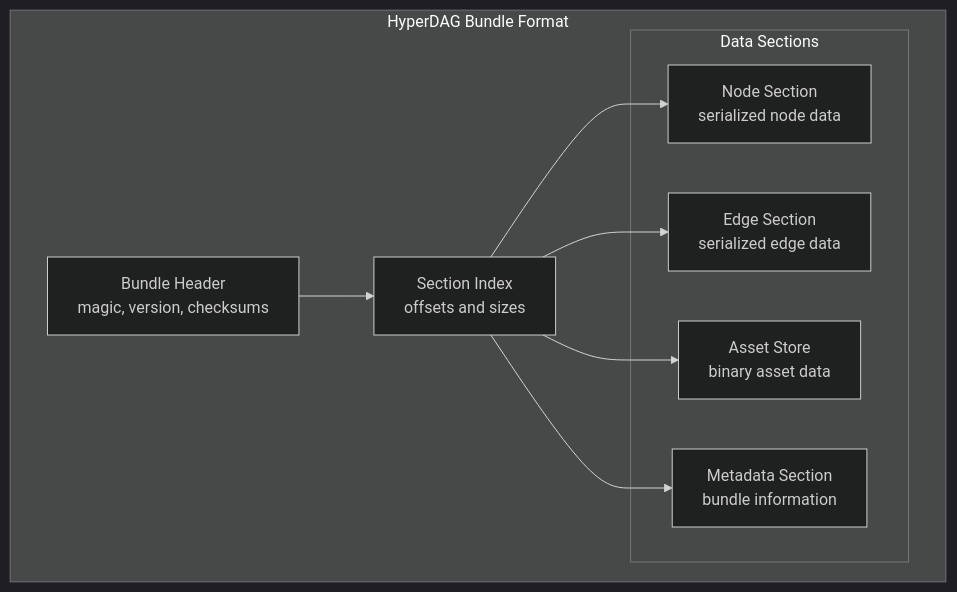
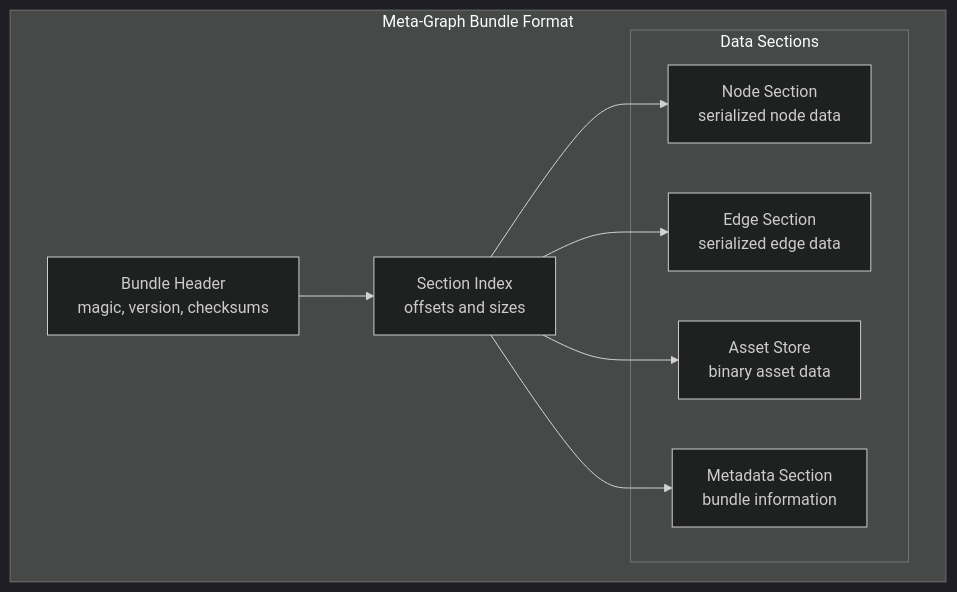
One commit to hyperdag/core changed the first of 3 diagrams in docs/features/F002-binary-bundle-format.md. Above: the diagram before and after it, drawn with Mermaid (dark theme). The commit also changed other lines of this file and 59 other files, not shown here.

````diff
--- a/docs/features/F002-binary-bundle-format.md
+++ b/docs/features/F002-binary-bundle-format.md
@@ -203,20 +203,20 @@
 ```mermaid
 graph TD
-    subgraph "HyperDAG Bundle Format"
+    subgraph "Meta-Graph Bundle Format"
         HEADER[Bundle Header<br/>magic, version, checksums]
         SECTION_INDEX[Section Index<br/>offsets and sizes]
-        
+
         subgraph "Data Sections"
             NODES[Node Section<br/>serialized node data]
-            EDGES[Edge Section<br/>serialized edge data] 
+            EDGES[Edge Section<br/>serialized edge data]
             STORE[Asset Store<br/>binary asset data]
             META[Metadata Section<br/>bundle information]
         end
-        
+
         HEADER --> SECTION_INDEX
         SECTION_INDEX --> NODES
         SECTION_INDEX --> EDGES
         SECTION_INDEX --> STORE
         SECTION_INDEX --> META
     end
 ```
````
